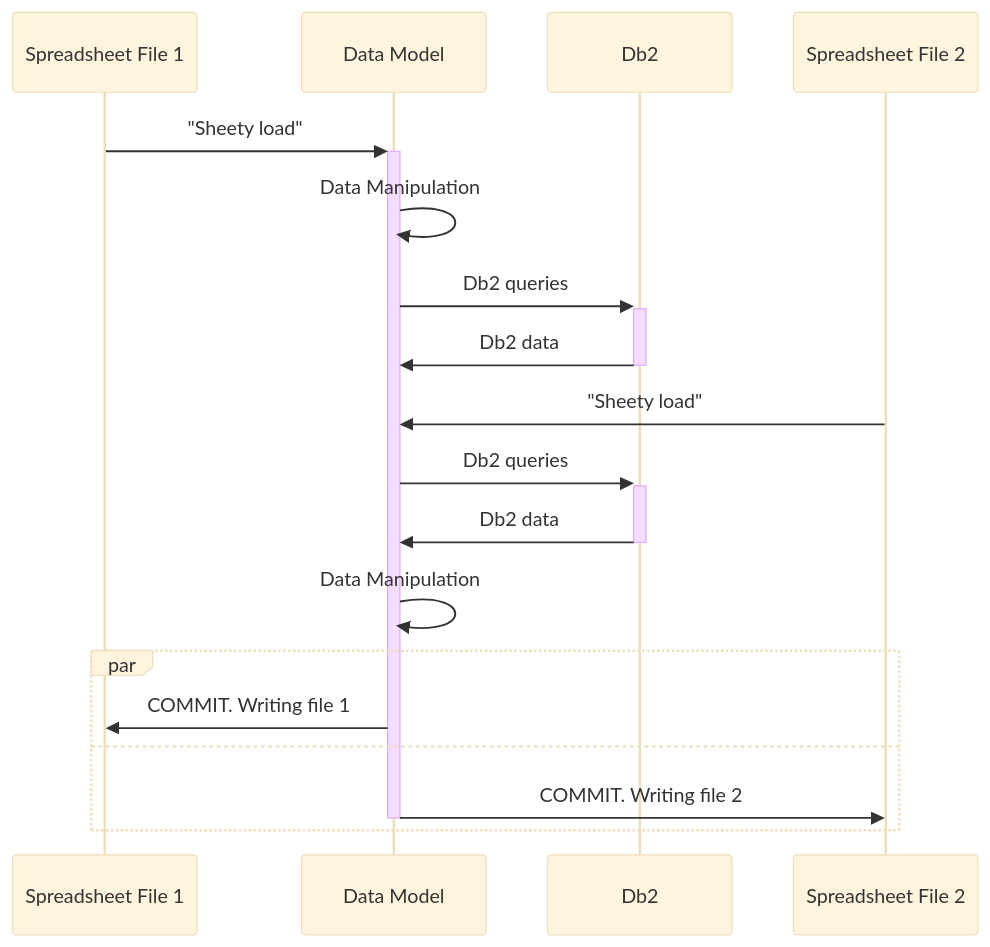
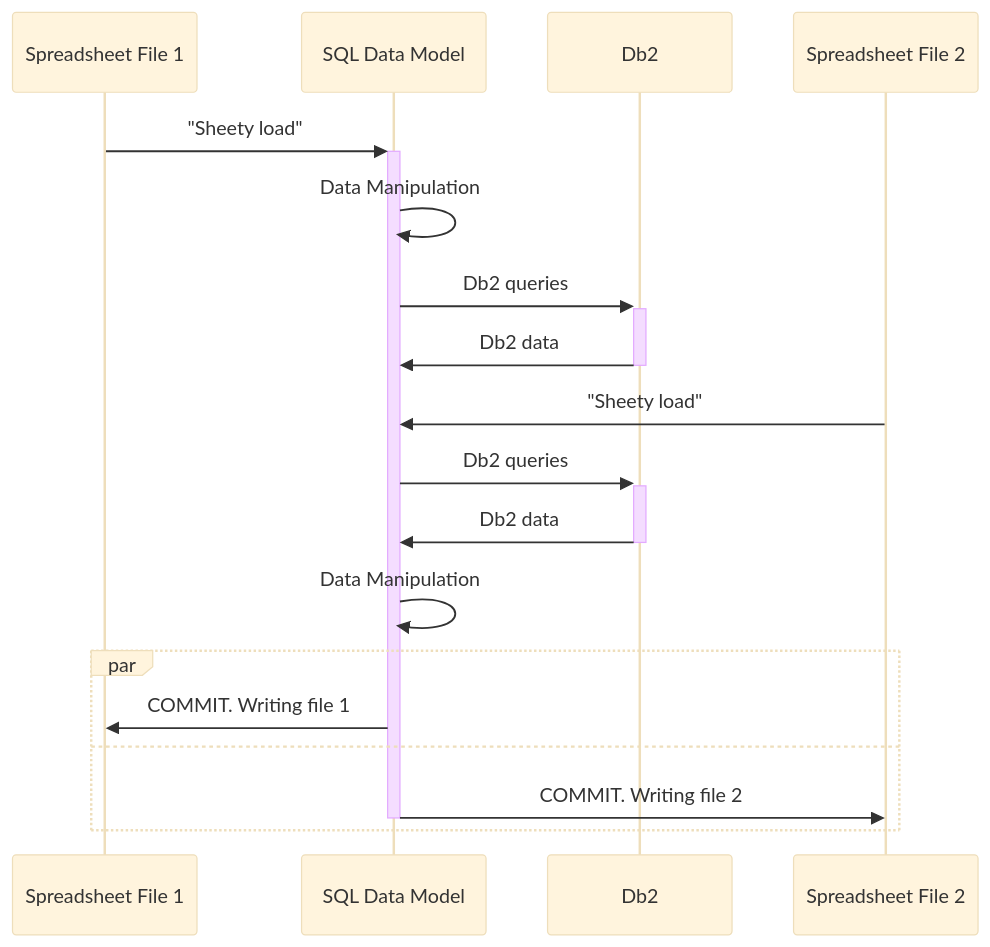
Before and after one commit to ThePrez/JSheetyDriver: the first of 2 diagrams in README.md, drawn with Mermaid (base theme).

````diff
--- a/README.md
+++ b/README.md
@@ -83,16 +83,16 @@
 ```mermaid
 sequenceDiagram
-    Spreadsheet File 1->>+Data Model: "Sheety load"
-    Data Model->>Data Model: Data Manipulation
-    Data Model->>+Db2: Db2 queries
-    Db2->>-Data Model: Db2 data
-    Spreadsheet File 2->>Data Model: "Sheety load"
-    Data Model->>+Db2: Db2 queries
-    Db2->>-Data Model: Db2 data
-    Data Model->>Data Model: Data Manipulation
+    Spreadsheet File 1->>+SQL Data Model: "Sheety load"
+    SQL Data Model->>SQL Data Model: Data Manipulation
+    SQL Data Model->>+Db2: Db2 queries
+    Db2->>-SQL Data Model: Db2 data
+    Spreadsheet File 2->>SQL Data Model: "Sheety load"
+    SQL Data Model->>+Db2: Db2 queries
+    Db2->>-SQL Data Model: Db2 data
+    SQL Data Model->>SQL Data Model: Data Manipulation
     par
-    Data Model->>Spreadsheet File 1: COMMIT. Writing file 1
+    SQL Data Model->>Spreadsheet File 1: COMMIT. Writing file 1
     and
-    Data Model->>-Spreadsheet File 2: COMMIT. Writing file 2
+    SQL Data Model->>-Spreadsheet File 2: COMMIT. Writing file 2
     end
 ```
````
